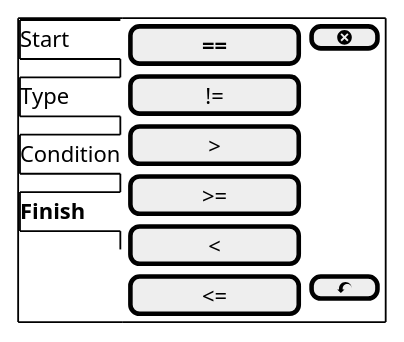
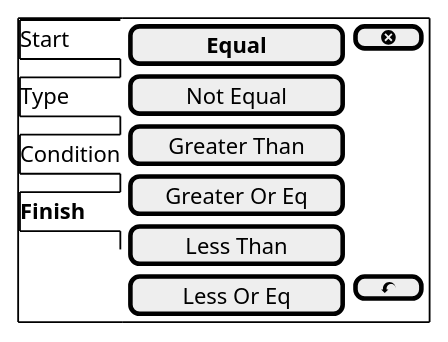
Before and after one commit to iteratecode/.github: the diagram in images/iterate-flow-control-finish-2.plantuml, drawn with PlantUML. The commit also changed 4 other files, not shown here.

```diff
--- a/images/iterate-flow-control-finish-2.plantuml
+++ b/images/iterate-flow-control-finish-2.plantuml
@@ -1,16 +1,16 @@
 @startsalt
 {+
 {/ Start
 Type
 Condition
 <b>Finish } |
 {
-  [<b>==         ] | [ <&circle-x> ]
-  [!=         ] | *
-  [>          ] | *
-  [>=         ] | *
-  [<          ] | *
-  [<=         ] | [ <&action-undo> ]
+  [<b>Equal         ] | [ <&circle-x> ]
+  [Not Equal     ] | *
+  [Greater Than  ] | *
+  [Greater Or Eq ] | *
+  [Less Than     ] | *
+  [Less Or Eq    ] | [ <&action-undo> ]
 }
 }
 @endsalt
```
